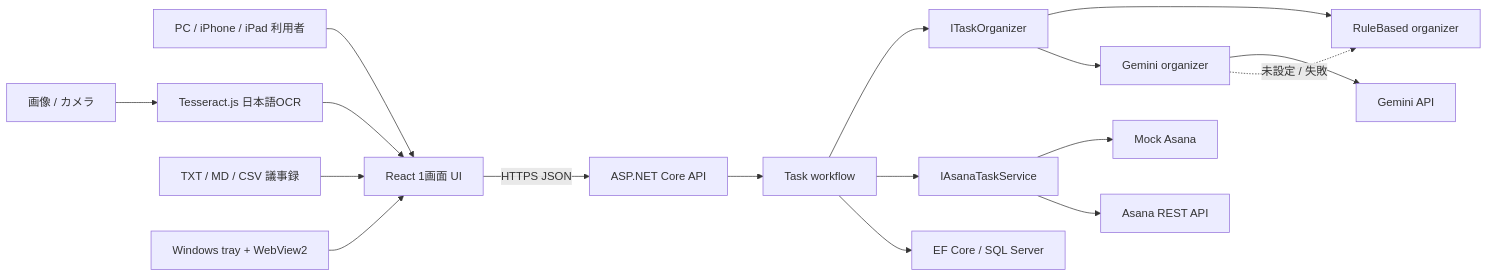
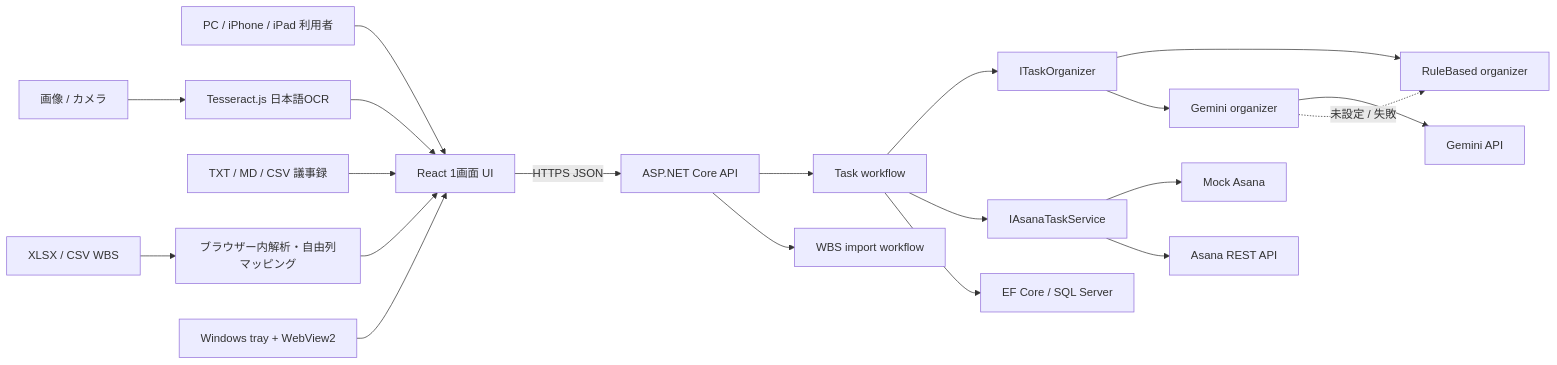
One commit to onishichimaki/Asana_App changed the first of 3 diagrams in ARCHITECTURE.md. Above: the diagram before and after it, drawn with Mermaid. The commit also changed other lines of this file and 32 other files, not shown here.

Commit message:
feat: add flexible WBS import (#6)

````diff
--- a/ARCHITECTURE.md
+++ b/ARCHITECTURE.md
@@ -7,18 +7,20 @@
 ```mermaid
 flowchart LR
     User["PC / iPhone / iPad 利用者"] --> Web["React 1画面 UI"]
     Image["画像 / カメラ"] --> Ocr["Tesseract.js 日本語OCR"] --> Web
     Minutes["TXT / MD / CSV 議事録"] --> Web
+    Wbs["XLSX / CSV WBS"] --> Parse["ブラウザー内解析・自由列マッピング"] --> Web
     Tray["Windows tray + WebView2"] --> Web
     Web -->|HTTPS JSON| Api["ASP.NET Core API"]
     Api --> Workflow["Task workflow"]
+    Api --> WbsWorkflow["WBS import workflow"]
     Workflow --> Organizer["ITaskOrganizer"]
     Workflow --> Asana["IAsanaTaskService"]
     Workflow --> Db["EF Core / SQL Server"]
     Organizer --> Rule["RuleBased organizer"]
     Organizer --> Gemini["Gemini organizer"]
     Gemini --> GeminiApi["Gemini API"]
     Gemini -. "未設定 / 失敗" .-> Rule
     Asana --> Mock["Mock Asana"]
     Asana --> Real["Asana REST API"]
 ```
````
